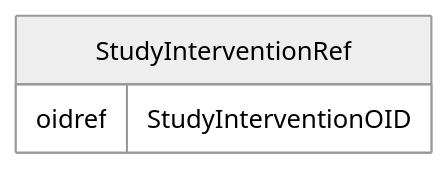
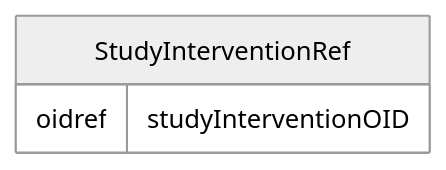
The diagram in docs/StudyInterventionRef.md (cdisc-org/DataExchange-ODM-LinkML), drawn with Mermaid (neutral theme) before and after one commit. The commit also changed other lines of this file and 759 other files, not shown here.

````diff
--- a/docs/StudyInterventionRef.md
+++ b/docs/StudyInterventionRef.md
@@ -11,9 +11,9 @@
 ```mermaid
 erDiagram
 StudyInterventionRef {
-    oidref StudyInterventionOID  
+    oidref studyInterventionOID  
 }
 
 
 
 ```
````
